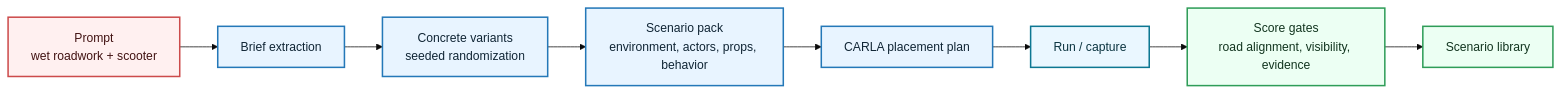
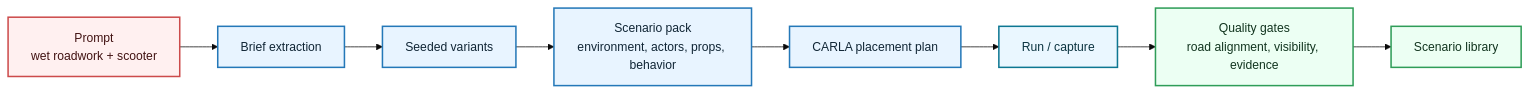
One commit to ZanarkandTechnologies/0xDriver changed the second of 3 diagrams in README.md. Above: the diagram before and after it, drawn with Mermaid (base theme). The commit also changed other lines of this file and 19 other files, not shown here.

````diff
--- a/README.md
+++ b/README.md
@@ -73,20 +67,20 @@
 ```mermaid
 flowchart LR
     P["Prompt<br/>wet roadwork + scooter"] --> B["Brief extraction"]
-    B --> C["Concrete variants<br/>seeded randomization"]
+    B --> C["Seeded variants"]
     C --> D["Scenario pack<br/>environment, actors, props, behavior"]
     D --> E["CARLA placement plan"]
     E --> F["Run / capture"]
-    F --> G["Score gates<br/>road alignment, visibility, evidence"]
+    F --> G["Quality gates<br/>road alignment, visibility, evidence"]
     G --> H["Scenario library"]
 
     classDef prompt fill:#fff0f0,stroke:#cc4b4b,color:#421313,stroke-width:2px
     classDef gen fill:#e8f4ff,stroke:#2478b8,color:#102535,stroke-width:2px
     classDef sim fill:#eaf7ff,stroke:#0d7792,color:#0b3440,stroke-width:2px
     classDef proof fill:#ecfff3,stroke:#2f9d58,color:#12351f,stroke-width:2px
 
     class P prompt
     class B,C,D,E gen
     class F sim
     class G,H proof
 ```
````
